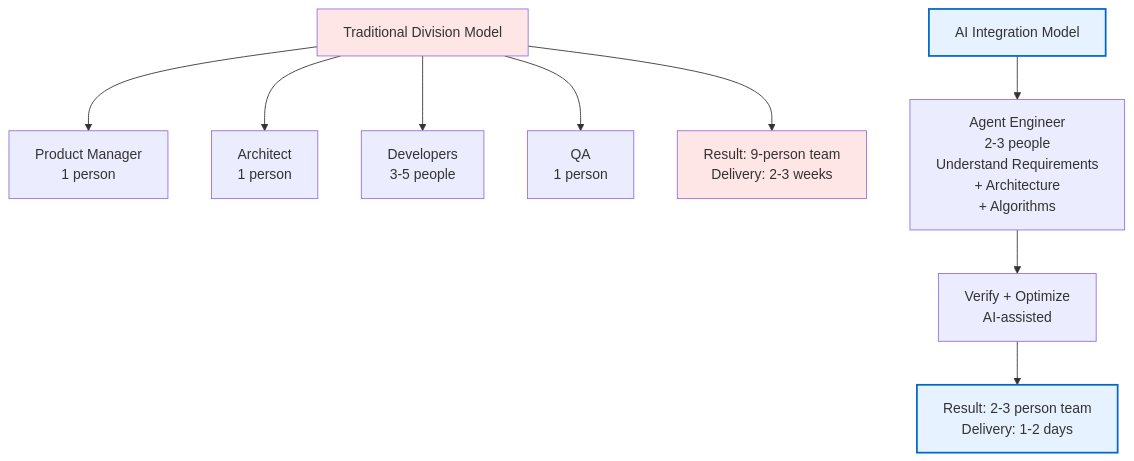
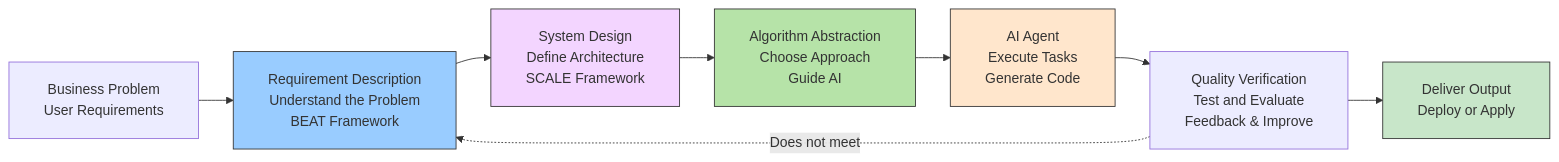
One commit to microwind/algorithms changed the second of 5 diagrams in start-here/Why-Programmers-35-Plus-Are-Thriving-in-AI-Era-EN.md. Above: the diagram before and after it, drawn with Mermaid. The commit also changed other lines of this file and 1 other file, not shown here.

````diff
--- a/start-here/Why-Programmers-35-Plus-Are-Thriving-in-AI-Era-EN.md
+++ b/start-here/Why-Programmers-35-Plus-Are-Thriving-in-AI-Era-EN.md
@@ -78,17 +126,22 @@
 ```mermaid
-graph TD
-    A["Traditional Division Model"] --> B["Product Manager<br/>1 person"]
-    A --> C["Architect<br/>1 person"]
-    A --> D["Developers<br/>3-5 people"]
-    A --> E["QA<br/>1 person"]
-    A --> F["Result: 9-person team<br/>Delivery: 2-3 weeks"]
+%%{init: {'flowchart': {'nodeSpacing': 40, 'rankSpacing': 40, 'padding': 20}}}%%
+graph LR
+    A["Business Problem<br/>User Requirements"] --> B["Requirement Description<br/>Understand the Problem<br/>BEAT Framework"]
 
-    G["AI Integration Model"] --> H["Agent Engineer<br/>2-3 people<br/>Understand Requirements<br/>+ Architecture<br/>+ Algorithms"]
-    H --> I["Verify + Optimize<br/>AI-assisted"]
-    I --> J["Result: 2-3 person team<br/>Delivery: 1-2 days"]
+    B --> C["System Design<br/>Define Architecture<br/>SCALE Framework"]
 
-    style A fill:#FFE6E6
-    style F fill:#FFE6E6
-    style G fill:#E6F2FF,stroke:#0066CC,stroke-width:2px
-    style J fill:#E6F2FF,stroke:#0066CC,stroke-width:2px
+    C --> D["Algorithm Abstraction<br/>Choose Approach<br/>Guide AI"]
+
+    D --> E["AI Agent<br/>Execute Tasks<br/>Generate Code"]
+
+    E --> F["Quality Verification<br/>Test and Evaluate<br/>Feedback & Improve"]
+
+    F -.Does not meet.-> B
+    F --> G["Deliver Output<br/>Deploy or Apply"]
+
+    style B fill:#99ccff,stroke:#333,stroke-width:1px
+    style C fill:#f3d5ff,stroke:#333,stroke-width:1px
+    style D fill:#b6e3a8,stroke:#333,stroke-width:1px
+    style E fill:#ffe6cc,stroke:#333,stroke-width:1px
+    style G fill:#c8e6c9,stroke:#333,stroke-width:1px
 ```
````
